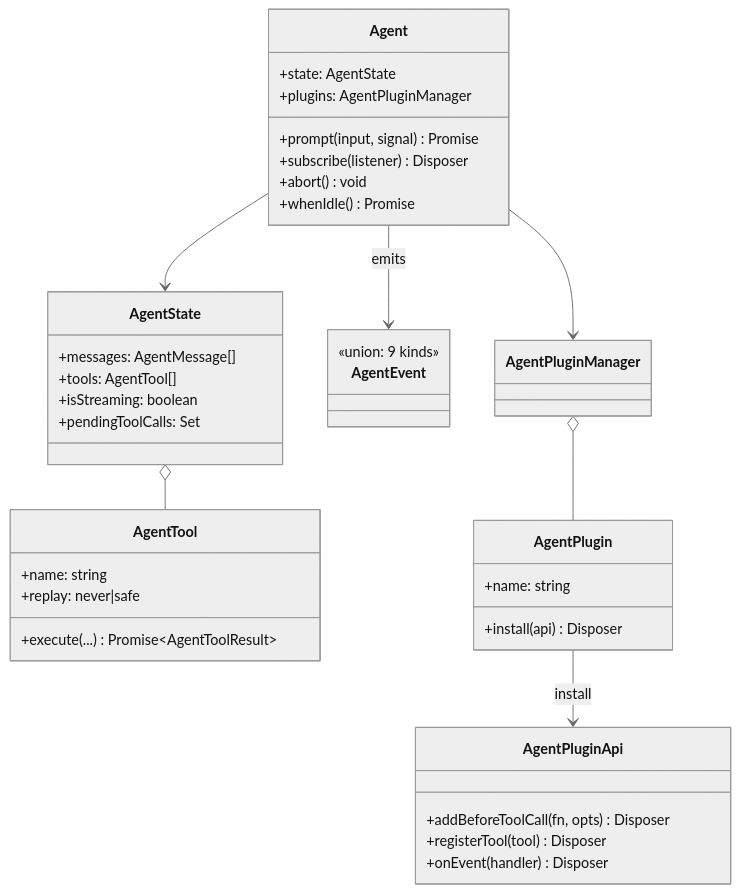
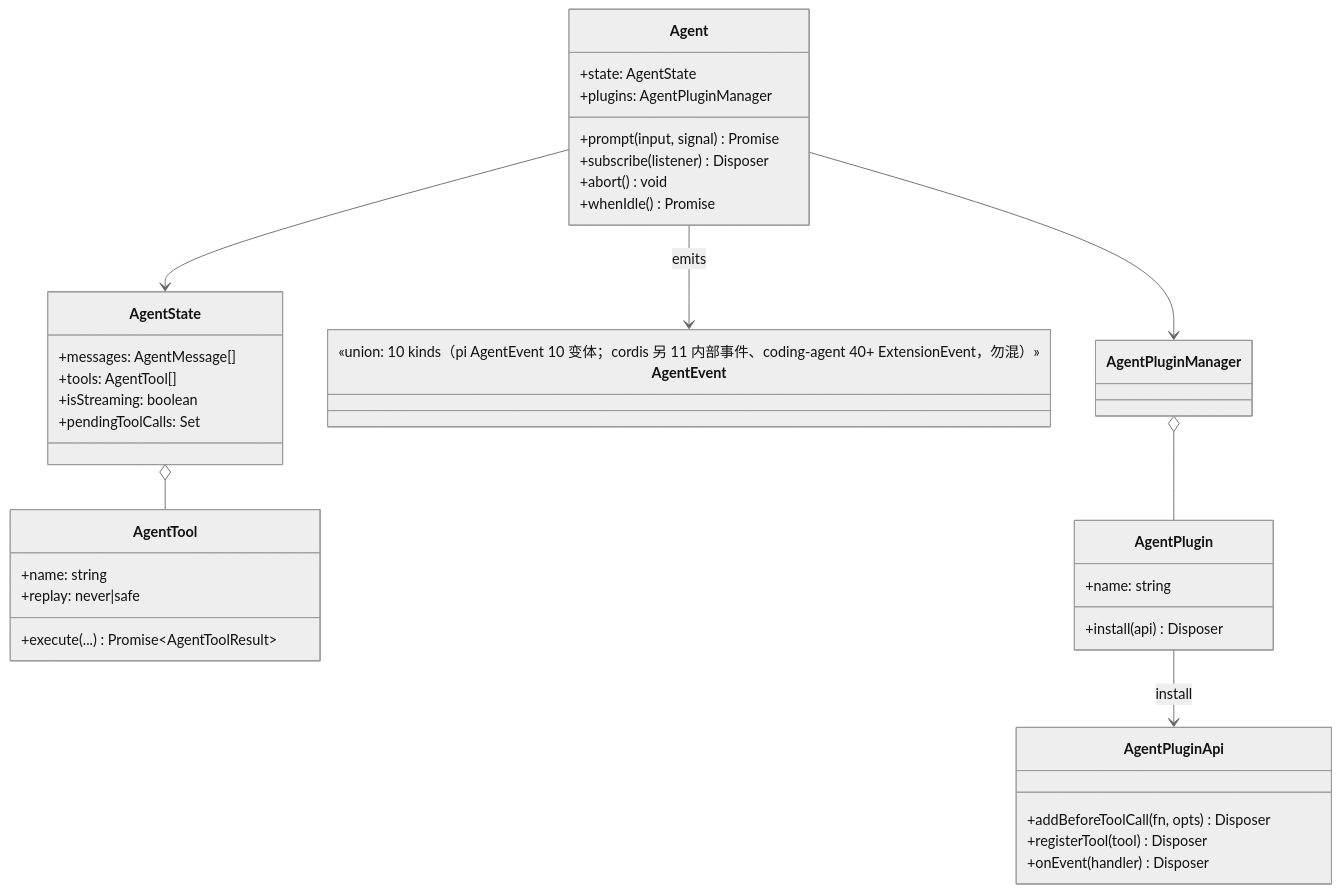
Before and after one commit to jesspig/zeta-agent: the first of 2 diagrams in docs/desgin/agent-framework/runtime.md, drawn with Mermaid (neutral theme). The commit also changed other lines of this file and 22 other files, not shown here.

````diff
--- a/docs/desgin/agent-framework/runtime.md
+++ b/docs/desgin/agent-framework/runtime.md
@@ -246,40 +259,40 @@
 ```mermaid
 classDiagram
     class Agent {
       +state: AgentState
       +plugins: AgentPluginManager
       +prompt(input, signal) Promise
       +subscribe(listener) Disposer
       +abort() void
       +whenIdle() Promise
     }
     class AgentState {
       +messages: AgentMessage[]
       +tools: AgentTool[]
       +isStreaming: boolean
       +pendingToolCalls: Set
     }
     class AgentEvent {
-      <<union: 9 kinds>>
+      <<union: 10 kinds（pi AgentEvent 10 变体；cordis 另 11 内部事件、coding-agent 40+ ExtensionEvent，勿混）>>
     }
     class AgentTool {
       +name: string
       +execute(...) Promise~AgentToolResult~
       +replay: never|safe
     }
     class AgentPlugin {
       +name: string
       +install(api) Disposer
     }
     class AgentPluginApi {
       +addBeforeToolCall(fn, opts) Disposer
       +registerTool(tool) Disposer
       +onEvent(handler) Disposer
     }
     Agent --> AgentState
     Agent --> AgentPluginManager
     AgentPluginManager o-- AgentPlugin
     AgentPlugin --> AgentPluginApi : install
     Agent --> AgentEvent : emits
     AgentState o-- AgentTool
 ```
````
